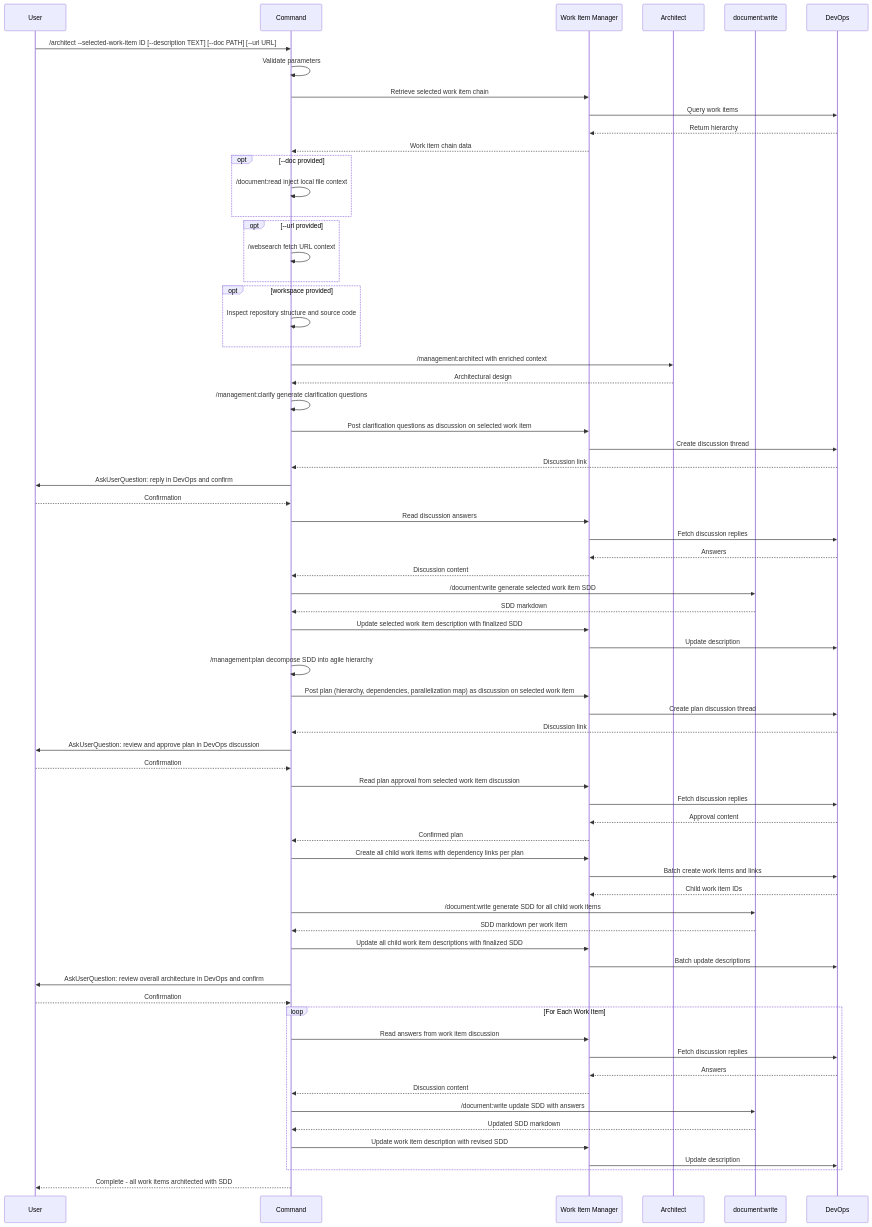
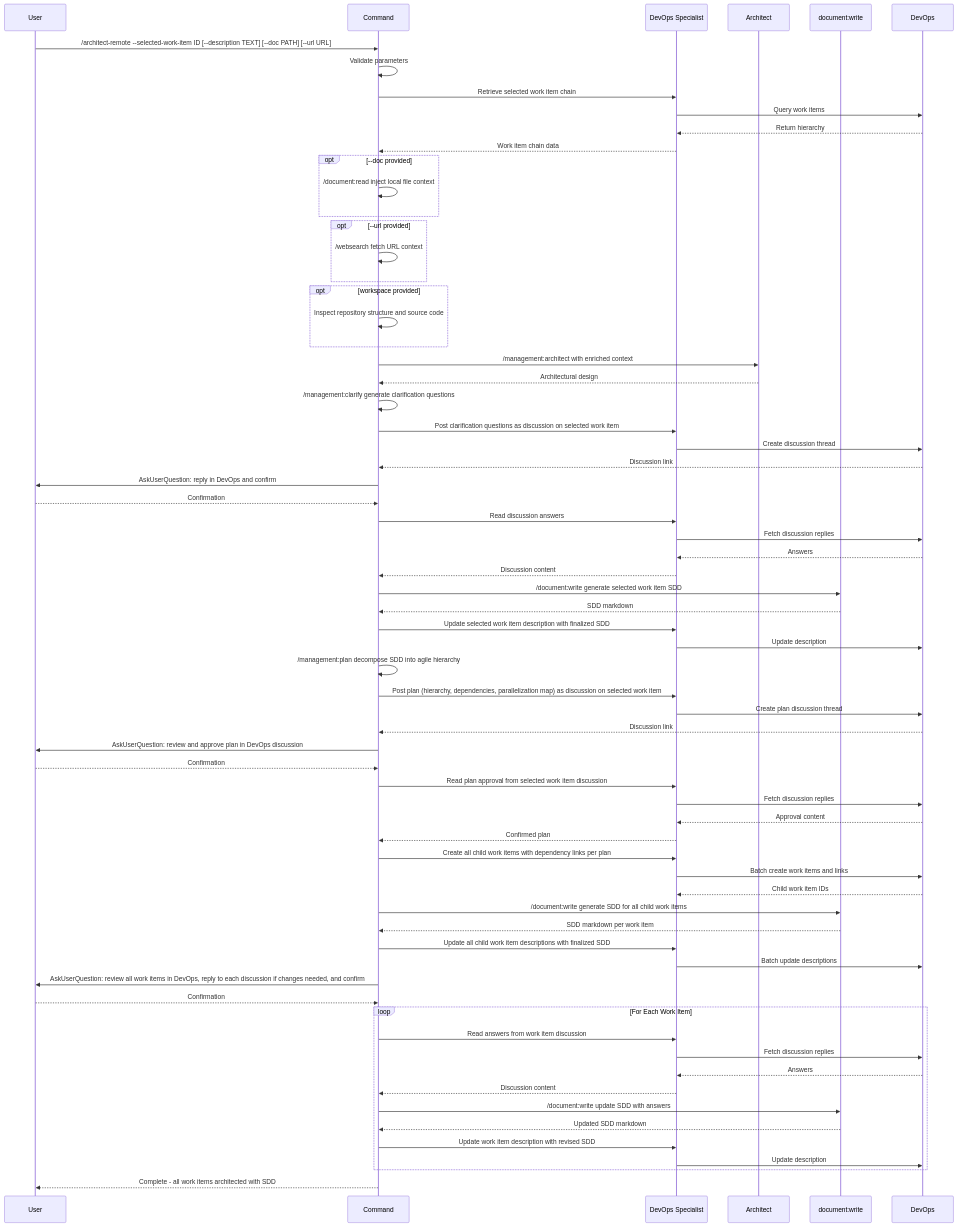
One commit to zzaia/zzaia-agentic-workspace changed the diagram in .claude/commands/workflow/architect-remote.md. Above: the diagram before and after it, drawn with Mermaid. The commit also changed other lines of this file, not shown here.

Commit message:
Improve the architect-remote workflow;

````diff
--- a/.claude/commands/workflow/architect-remote.md
+++ b/.claude/commands/workflow/architect-remote.md
@@ -87,71 +75,71 @@
 ```mermaid
 sequenceDiagram
     participant U as User
     participant C as Command
-    participant WM as Work Item Manager
+    participant WM as DevOps Specialist
     participant AR as Architect
     participant DW as document:write
     participant D as DevOps
 
-    U->>C: /architect --selected-work-item ID [--description TEXT] [--doc PATH] [--url URL]
+    U->>C: /architect-remote --selected-work-item ID [--description TEXT] [--doc PATH] [--url URL]
     C->>C: Validate parameters
     C->>WM: Retrieve selected work item chain
     WM->>D: Query work items
     D-->>WM: Return hierarchy
     WM-->>C: Work item chain data
     opt --doc provided
         C->>C: /document:read inject local file context
     end
     opt --url provided
         C->>C: /websearch fetch URL context
     end
     opt workspace provided
         C->>C: Inspect repository structure and source code
     end
     C->>AR: /management:architect with enriched context
     AR-->>C: Architectural design
     C->>C: /management:clarify generate clarification questions
     C->>WM: Post clarification questions as discussion on selected work item
     WM->>D: Create discussion thread
     D-->>C: Discussion link
     C->>U: AskUserQuestion: reply in DevOps and confirm
     U-->>C: Confirmation
     C->>WM: Read discussion answers
     WM->>D: Fetch discussion replies
     D-->>WM: Answers
     WM-->>C: Discussion content
     C->>DW: /document:write generate selected work item SDD
     DW-->>C: SDD markdown
     C->>WM: Update selected work item description with finalized SDD
     WM->>D: Update description
     C->>C: /management:plan decompose SDD into agile hierarchy
     C->>WM: Post plan (hierarchy, dependencies, parallelization map) as discussion on selected work item
     WM->>D: Create plan discussion thread
     D-->>C: Discussion link
     C->>U: AskUserQuestion: review and approve plan in DevOps discussion
     U-->>C: Confirmation
     C->>WM: Read plan approval from selected work item discussion
     WM->>D: Fetch discussion replies
     D-->>WM: Approval content
     WM-->>C: Confirmed plan
     C->>WM: Create all child work items with dependency links per plan
     WM->>D: Batch create work items and links
     D-->>WM: Child work item IDs
     C->>DW: /document:write generate SDD for all child work items
     DW-->>C: SDD markdown per work item
     C->>WM: Update all child work item descriptions with finalized SDD
     WM->>D: Batch update descriptions
-    C->>U: AskUserQuestion: review overall architecture in DevOps and confirm
+    C->>U: AskUserQuestion: review all work items in DevOps, reply to each discussion if changes needed, and confirm
     U-->>C: Confirmation
     loop For Each Work Item
         C->>WM: Read answers from work item discussion
         WM->>D: Fetch discussion replies
         D-->>WM: Answers
         WM-->>C: Discussion content
         C->>DW: /document:write update SDD with answers
         DW-->>C: Updated SDD markdown
         C->>WM: Update work item description with revised SDD
         WM->>D: Update description
     end
     C-->>U: Complete - all work items architected with SDD
 ```
````
